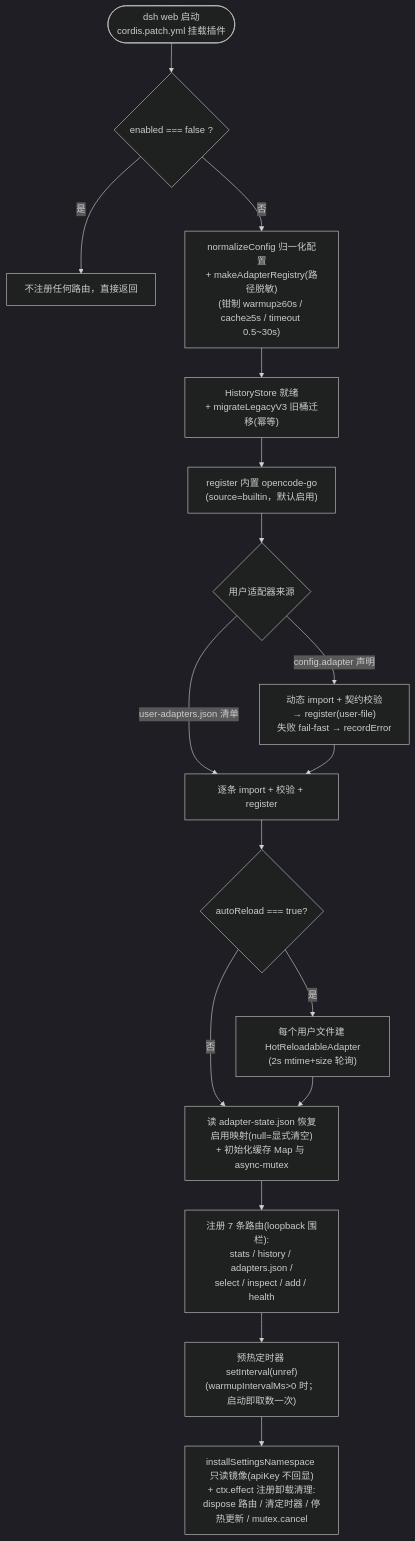
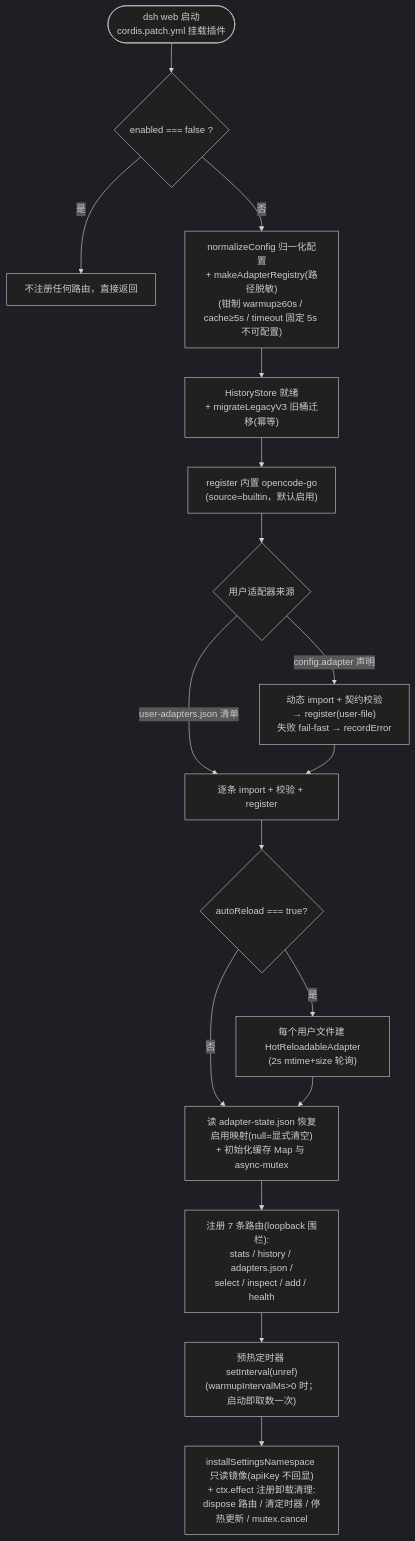
The second of 10 diagrams in packages/dsh-provider-usage/docs/architecture.md (wingsky-1/dsh-plugin-hub), drawn with Mermaid (dark theme) before and after one commit. The commit also changed other lines of this file and 7 other files, not shown here.

````diff
--- a/packages/dsh-provider-usage/docs/architecture.md
+++ b/packages/dsh-provider-usage/docs/architecture.md
@@ -65,19 +65,19 @@
 ```mermaid
 flowchart TD
     S(["dsh web 启动<br/>cordis.patch.yml 挂载插件"]) --> A{"enabled === false ?"}
     A -->|是| Z0["不注册任何路由，直接返回"]
-    A -->|否| B["normalizeConfig 归一化配置<br/>+ makeAdapterRegistry(路径脱敏)<br/>(钳制 warmup≥60s / cache≥5s / timeout 0.5~30s)"]
+    A -->|否| B["normalizeConfig 归一化配置<br/>+ makeAdapterRegistry(路径脱敏)<br/>(钳制 warmup≥60s / cache≥5s / timeout 固定 5s 不可配置)"]
     B --> C["HistoryStore 就绪<br/>+ migrateLegacyV3 旧桶迁移(幂等)"]
     C --> D["register 内置 opencode-go<br/>(source=builtin，默认启用)"]
     D --> E{"用户适配器来源"}
     E -->|"config.adapter 声明"| F["动态 import + 契约校验<br/>→ register(user-file)<br/>失败 fail-fast → recordError"]
     E -->|"user-adapters.json 清单"| G["逐条 import + 校验 + register"]
     F --> G
     G --> H{"autoReload === true?"}
     H -->|是| I["每个用户文件建 HotReloadableAdapter<br/>(2s mtime+size 轮询)"]
     H -->|否| J
     I --> J["读 adapter-state.json 恢复启用映射(null=显式清空)<br/>+ 初始化缓存 Map 与 async-mutex"]
     J --> K["注册 7 条路由(loopback 围栏):<br/>stats / history / adapters.json /<br/>select / inspect / add / health"]
     K --> L["预热定时器 setInterval(unref)<br/>(warmupIntervalMs>0 时；启动即取数一次)"]
     L --> M["installSettingsNamespace 只读镜像(apiKey 不回显)<br/>+ ctx.effect 注册卸载清理:<br/>dispose 路由 / 清定时器 / 停热更新 / mutex.cancel"]
 ```
````
